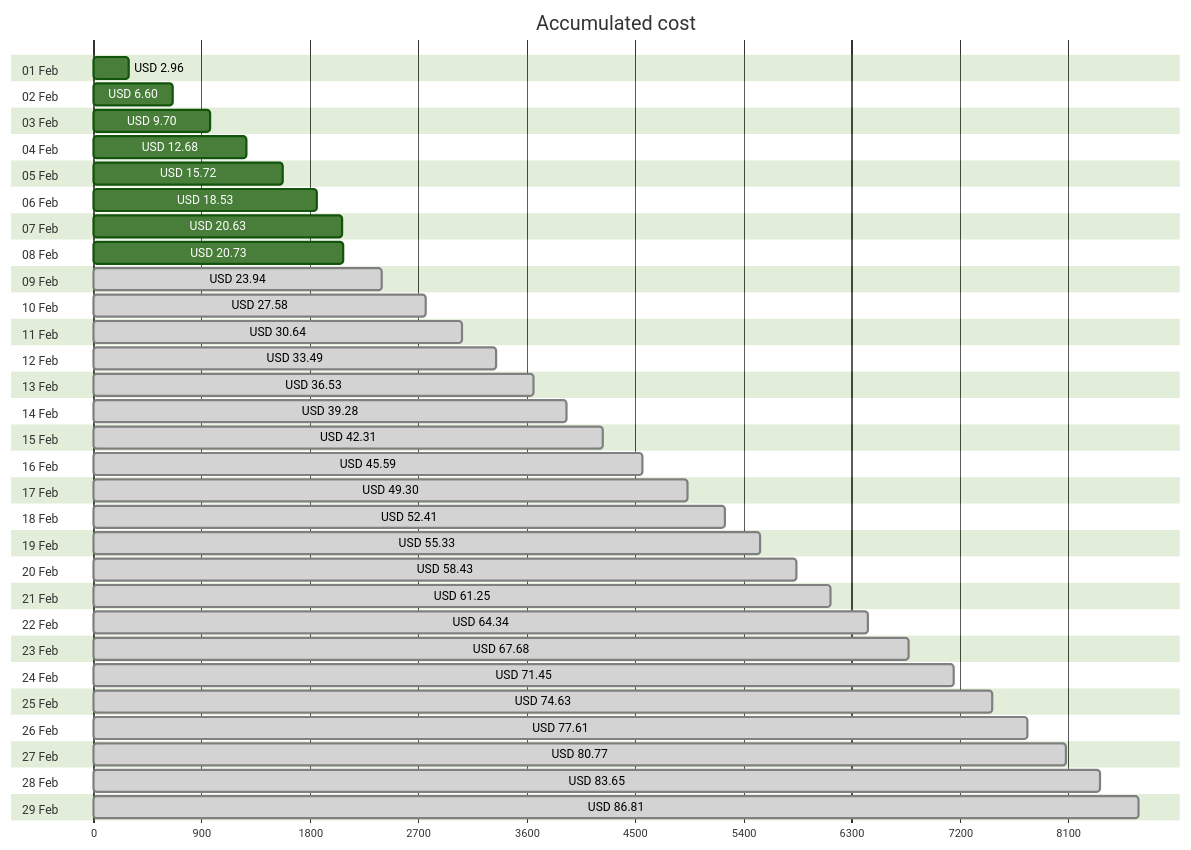
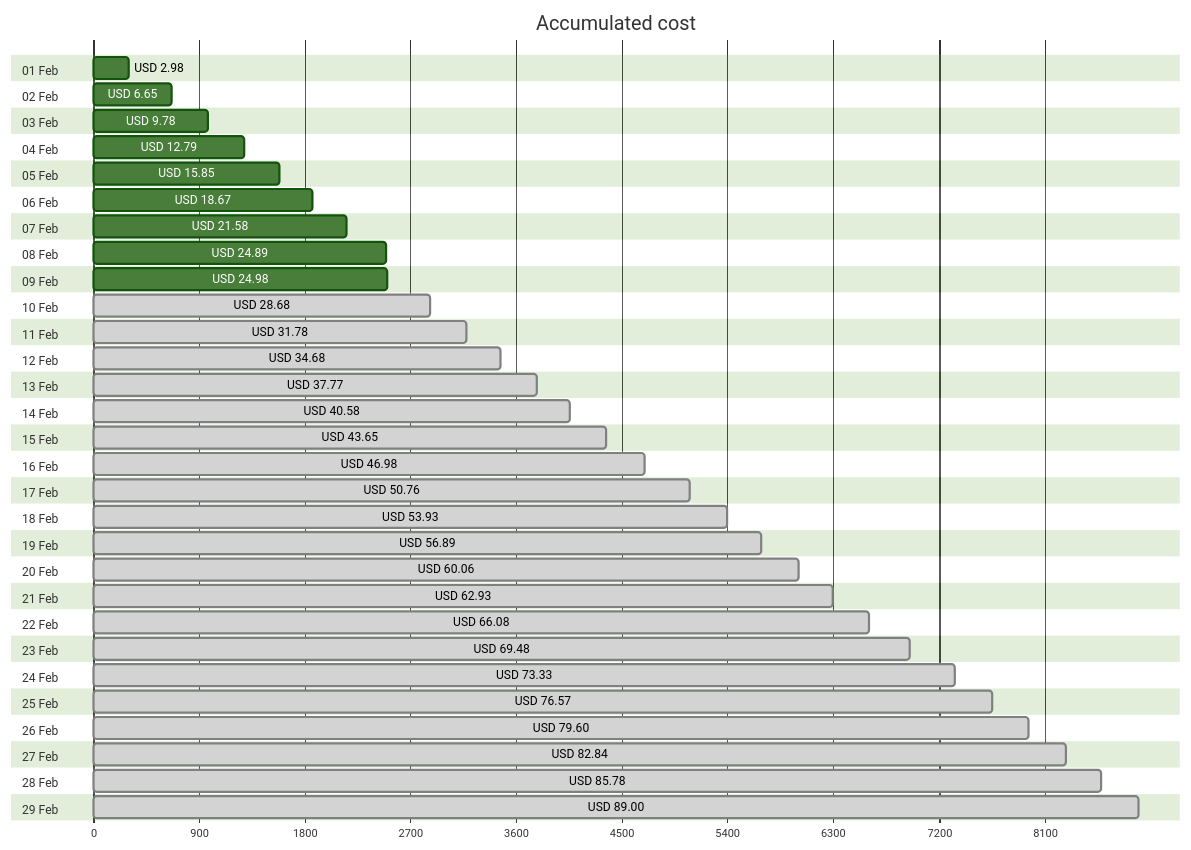
Before and after one commit to jpfulton/azure-personal-reports: the first of 4 diagrams in cost-reports/accumulated-cost.md, drawn with Mermaid (forest theme). The commit also changed other lines of this file and 4 other files, not shown here.

````diff
--- a/cost-reports/accumulated-cost.md
+++ b/cost-reports/accumulated-cost.md
@@ -20,64 +20,64 @@
 ```mermaid
 gantt
    title Accumulated cost
    dateFormat  X
    axisFormat %s
    section 01 Feb
-   USD 2.96 :0, 296
+   USD 2.98 :0, 298
    section 02 Feb
-   USD 6.60 :0, 660
+   USD 6.65 :0, 665
    section 03 Feb
-   USD 9.70 :0, 970
+   USD 9.78 :0, 978
    section 04 Feb
-   USD 12.68 :0, 1268
+   USD 12.79 :0, 1279
    section 05 Feb
-   USD 15.72 :0, 1572
+   USD 15.85 :0, 1585
    section 06 Feb
-   USD 18.53 :0, 1853
+   USD 18.67 :0, 1867
    section 07 Feb
-   USD 20.63 :0, 2063
+   USD 21.58 :0, 2158
    section 08 Feb
-   USD 20.73 :0, 2073
+   USD 24.89 :0, 2489
    section 09 Feb
-   USD 23.94 : done, 0, 2394
+   USD 24.98 :0, 2498
    section 10 Feb
-   USD 27.58 : done, 0, 2758
+   USD 28.68 : done, 0, 2868
    section 11 Feb
-   USD 30.64 : done, 0, 3064
+   USD 31.78 : done, 0, 3178
    section 12 Feb
-   USD 33.49 : done, 0, 3349
+   USD 34.68 : done, 0, 3468
    section 13 Feb
-   USD 36.53 : done, 0, 3653
+   USD 37.77 : done, 0, 3777
    section 14 Feb
-   USD 39.28 : done, 0, 3928
+   USD 40.58 : done, 0, 4058
    section 15 Feb
-   USD 42.31 : done, 0, 4231
+   USD 43.65 : done, 0, 4365
    section 16 Feb
-   USD 45.59 : done, 0, 4559
+   USD 46.98 : done, 0, 4698
    section 17 Feb
-   USD 49.30 : done, 0, 4930
+   USD 50.76 : done, 0, 5076
    section 18 Feb
-   USD 52.41 : done, 0, 5241
+   USD 53.93 : done, 0, 5393
    section 19 Feb
-   USD 55.33 : done, 0, 5533
+   USD 56.89 : done, 0, 5689
    section 20 Feb
-   USD 58.43 : done, 0, 5843
+   USD 60.06 : done, 0, 6006
    section 21 Feb
-   USD 61.25 : done, 0, 6125
+   USD 62.93 : done, 0, 6293
    section 22 Feb
-   USD 64.34 : done, 0, 6434
+   USD 66.08 : done, 0, 6608
    section 23 Feb
-   USD 67.68 : done, 0, 6768
+   USD 69.48 : done, 0, 6948
    section 24 Feb
-   USD 71.45 : done, 0, 7145
+   USD 73.33 : done, 0, 7333
    section 25 Feb
-   USD 74.63 : done, 0, 7463
+   USD 76.57 : done, 0, 7657
    section 26 Feb
-   USD 77.61 : done, 0, 7761
+   USD 79.60 : done, 0, 7960
    section 27 Feb
-   USD 80.77 : done, 0, 8077
+   USD 82.84 : done, 0, 8284
    section 28 Feb
-   USD 83.65 : done, 0, 8365
+   USD 85.78 : done, 0, 8578
    section 29 Feb
-   USD 86.81 : done, 0, 8681
+   USD 89.00 : done, 0, 8900
 ```
````
